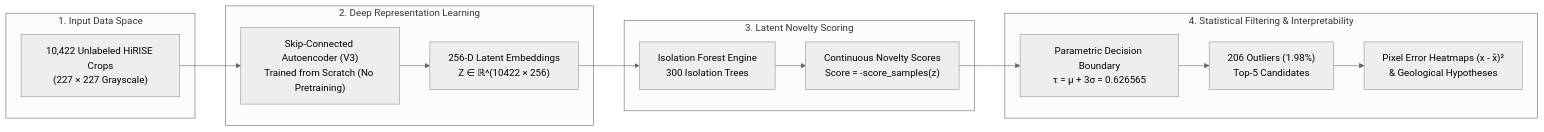
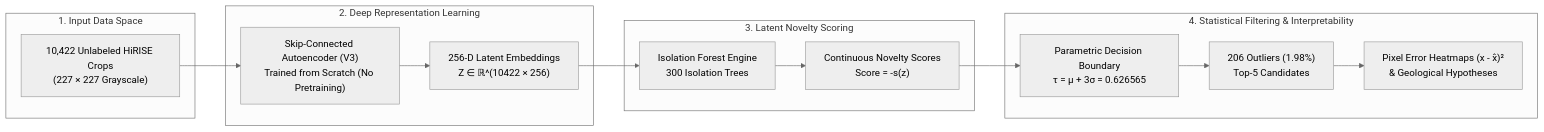
Before and after one commit to Debjit2821/NSSC-Data-analytics: the first of 2 diagrams in README.md, drawn with Mermaid (neutral theme). The commit also changed other lines of this file, not shown here.

````diff
--- a/README.md
+++ b/README.md
@@ -52,24 +49,24 @@
 ```mermaid
 flowchart LR
     subgraph DataSpace["1. Input Data Space"]
         A["10,422 Unlabeled HiRISE Crops\n(227 × 227 Grayscale)"]
     end
     
     subgraph FeatureSpace["2. Deep Representation Learning"]
         B["Skip-Connected Autoencoder (V3)\nTrained from Scratch (No Pretraining)"]
         C["256-D Latent Embeddings\nZ ∈ ℝ^(10422 × 256)"]
     end
     
     subgraph NoveltySpace["3. Latent Novelty Scoring"]
         D["Isolation Forest Engine\n300 Isolation Trees"]
-        E["Continuous Novelty Scores\nScore = -score_samples(z)"]
+        E["Continuous Novelty Scores\nScore = -s(z)"]
     end
     
     subgraph DecisionSpace["4. Statistical Filtering & Interpretability"]
         F["Parametric Decision Boundary\nτ = μ + 3σ = 0.626565"]
         G["206 Outliers (1.98%)\nTop-5 Candidates"]
         H["Pixel Error Heatmaps (x - x̂)²\n& Geological Hypotheses"]
     end
     
     A --> B --> C --> D --> E --> F --> G --> H
 ```
````
